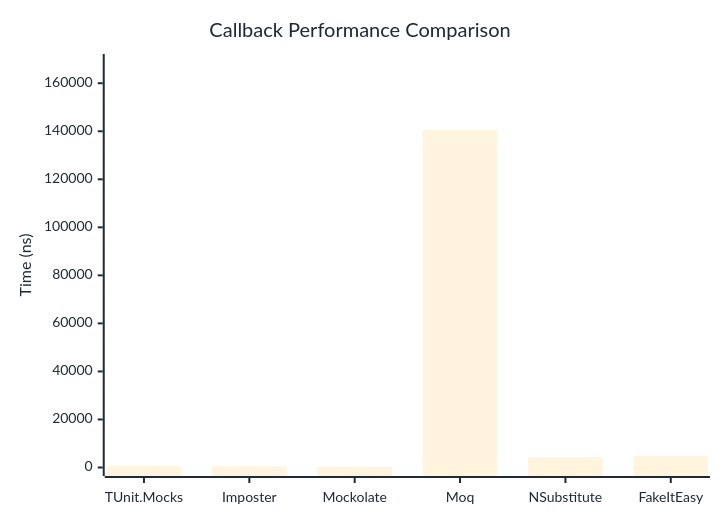
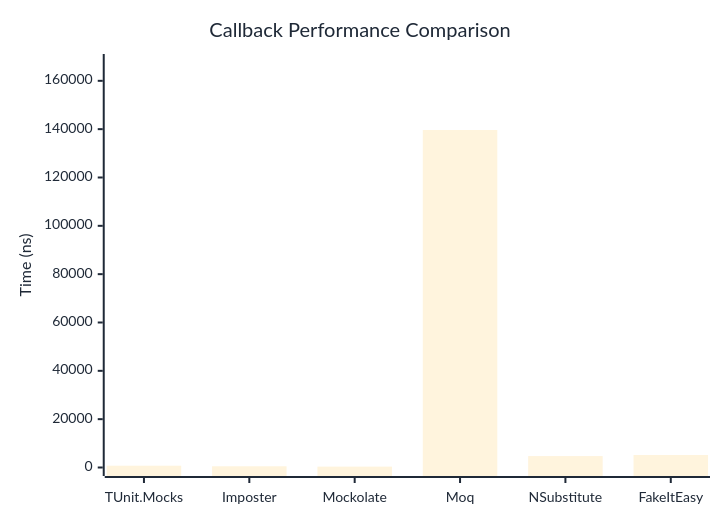
The first of 2 diagrams in docs/docs/benchmarks/mocks/Callback.md (thomhurst/TUnit), drawn with Mermaid before and after one commit. The commit also changed other lines of this file and 14 other files, not shown here.

````diff
--- a/docs/docs/benchmarks/mocks/Callback.md
+++ b/docs/docs/benchmarks/mocks/Callback.md
@@ -30,27 +30,27 @@
 ```mermaid
 %%{init: {
   'theme':'base',
   'themeVariables': {
     'primaryColor': '#2563eb',
     'primaryTextColor': '#1f2937',
     'primaryBorderColor': '#1e40af',
     'lineColor': '#6b7280',
     'secondaryColor': '#7c3aed',
     'tertiaryColor': '#dc2626',
     'background': '#ffffff',
     'pie1': '#2563eb',
     'pie2': '#7c3aed',
     'pie3': '#dc2626',
     'pie4': '#f59e0b',
     'pie5': '#10b981',
     'pie6': '#06b6d4',
     'pie7': '#ec4899',
     'pie8': '#6366f1'
   }
 }}%%
 xychart-beta
   title "Callback Performance Comparison"
   x-axis ["TUnit.Mocks", "Imposter", "Mockolate", "Moq", "NSubstitute", "FakeItEasy"]
-  y-axis "Time (ns)" 0 --> 168631
-  bar [657.8, 493.9, 347.1, 140525.6, 4281.5, 4790.3]
+  y-axis "Time (ns)" 0 --> 167581
+  bar [743.5, 503.1, 368.2, 139650.3, 4727.9, 5176]
 ```
````
